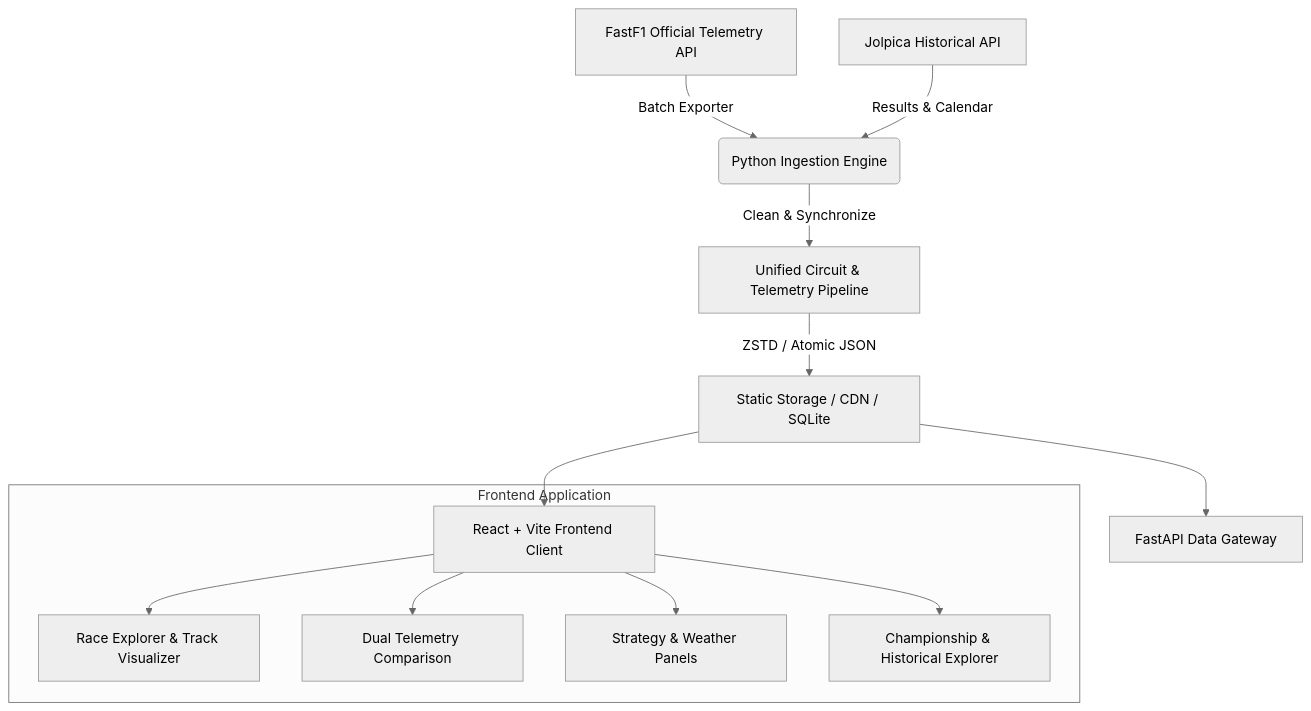
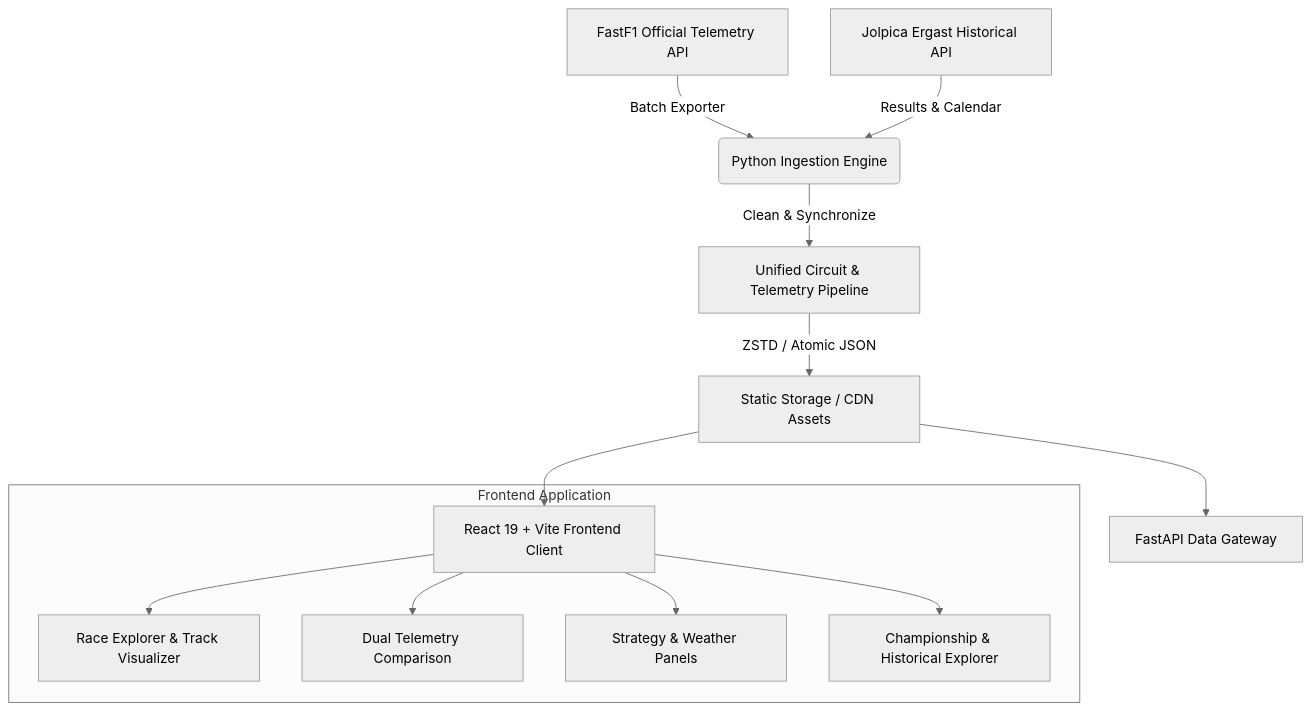
One commit to ABhardwaj28/F1-telemetery-site changed the diagram in README.md. Above: the diagram before and after it, drawn with Mermaid (neutral theme). The commit also changed other lines of this file, not shown here.

Commit message:
docs: add comprehensive README with live demo link and platform architecture

````diff
--- a/README.md
+++ b/README.md
@@ -39,18 +67,18 @@
 ```mermaid
 graph TD
     A[FastF1 Official Telemetry API] -->|Batch Exporter| B(Python Ingestion Engine)
-    J[Jolpica Historical API] -->|Results & Calendar| B
+    J[Jolpica Ergast Historical API] -->|Results & Calendar| B
     
     B -->|Clean & Synchronize| C[Unified Circuit & Telemetry Pipeline]
-    C -->|ZSTD / Atomic JSON| D[Static Storage / CDN / SQLite]
+    C -->|ZSTD / Atomic JSON| D[Static Storage / CDN Assets]
     
     D --> E[FastAPI Data Gateway]
-    D --> F[React + Vite Frontend Client]
+    D --> F[React 19 + Vite Frontend Client]
     
     subgraph Frontend Application
         F --> G[Race Explorer & Track Visualizer]
         F --> H[Dual Telemetry Comparison]
         F --> I[Strategy & Weather Panels]
         F --> K[Championship & Historical Explorer]
     end
 ```
````
